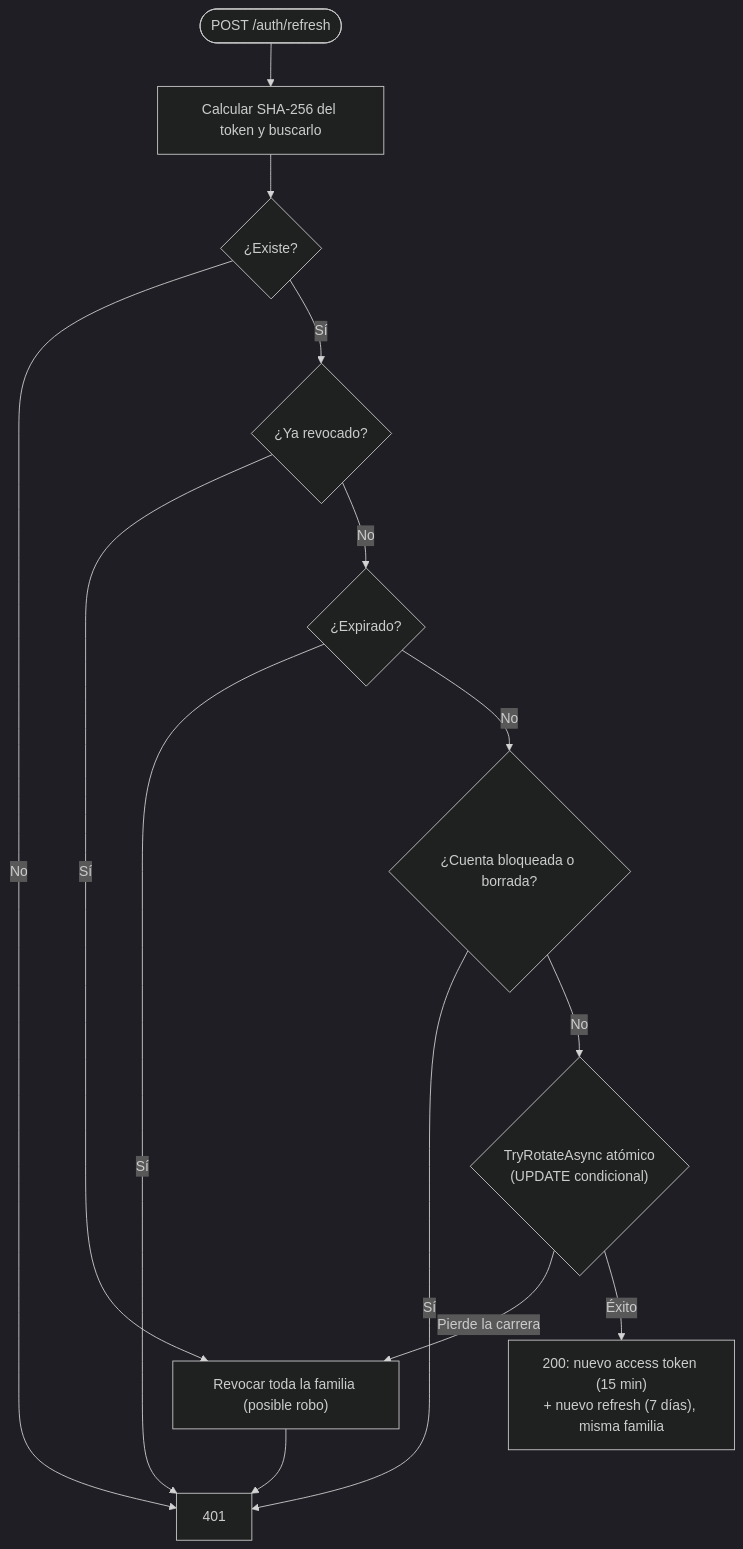
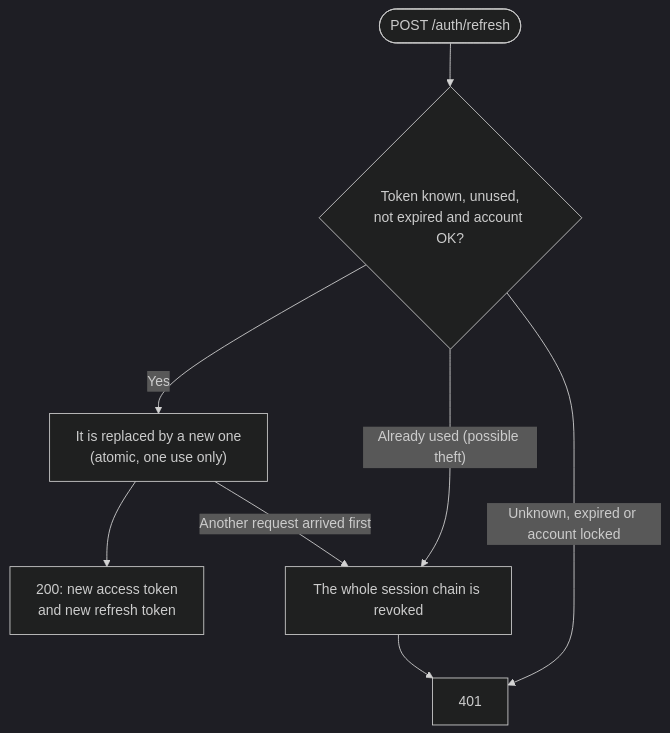
Before and after one commit to rafaelm79dev/portfolio-backend: the second of 2 diagrams in api-users/README.md, drawn with Mermaid (dark theme). The commit also changed other lines of this file and 1 other file, not shown here.

````diff
--- a/api-users/README.md
+++ b/api-users/README.md
@@ -74,16 +65,10 @@
 ```mermaid
 flowchart TD
-    Start(["POST /auth/refresh"]) --> Hash["Calcular SHA-256 del token y buscarlo"]
-    Hash --> Exists{"¿Existe?"}
-    Exists -- No --> R401["401"]
-    Exists -- Sí --> Revoked{"¿Ya revocado?"}
-    Revoked -- Sí --> Family["Revocar toda la familia (posible robo)"]
+    Start(["POST /auth/refresh"]) --> Check{"Token known, unused,<br/>not expired and account OK?"}
+    Check -- Yes --> Rotate["It is replaced by a new one<br/>(atomic, one use only)"]
+    Rotate --> Ok["200: new access token<br/>and new refresh token"]
+    Check -- "Unknown, expired or account locked" --> R401["401"]
+    Check -- "Already used (possible theft)" --> Family["The whole session chain is revoked"]
+    Rotate -- "Another request arrived first" --> Family
     Family --> R401
-    Revoked -- No --> Expired{"¿Expirado?"}
-    Expired -- Sí --> R401
-    Expired -- No --> Account{"¿Cuenta bloqueada o borrada?"}
-    Account -- Sí --> R401
-    Account -- No --> Rotate{"TryRotateAsync atómico<br/>(UPDATE condicional)"}
-    Rotate -- "Pierde la carrera" --> Family
-    Rotate -- Éxito --> Ok["200: nuevo access token (15 min)<br/>+ nuevo refresh (7 días), misma familia"]
 ```
````
